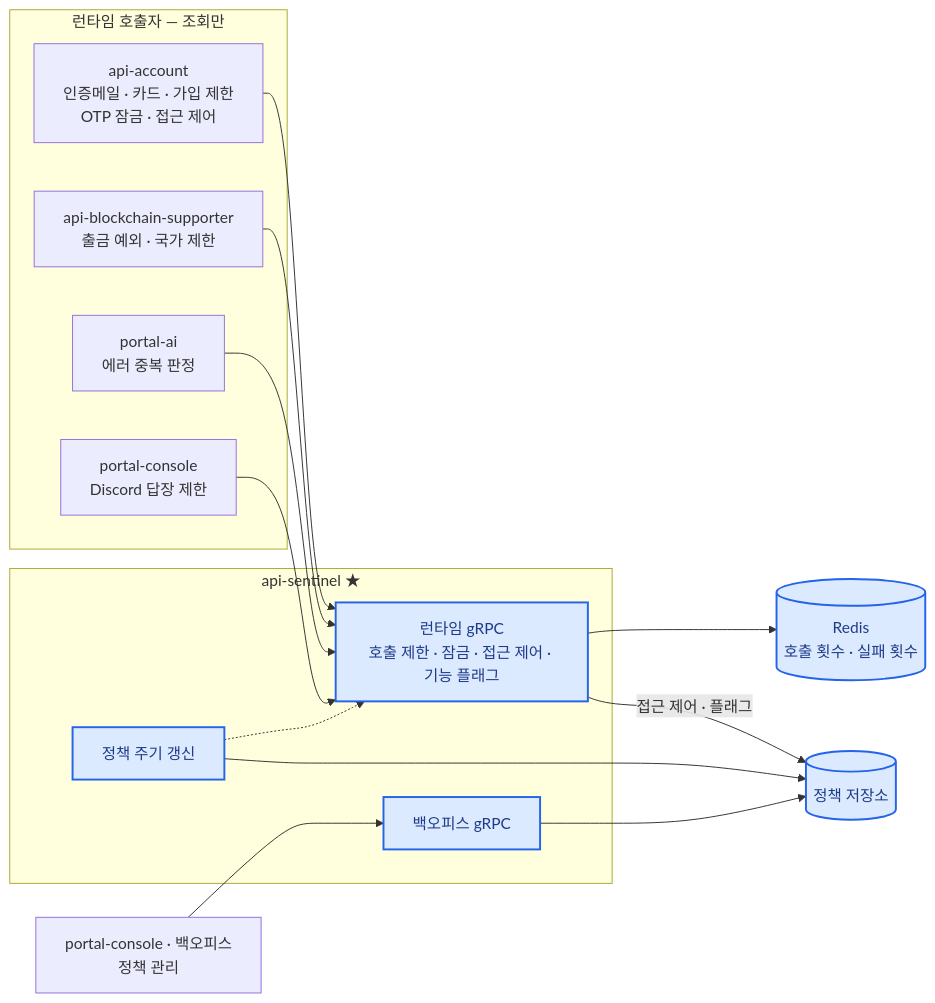
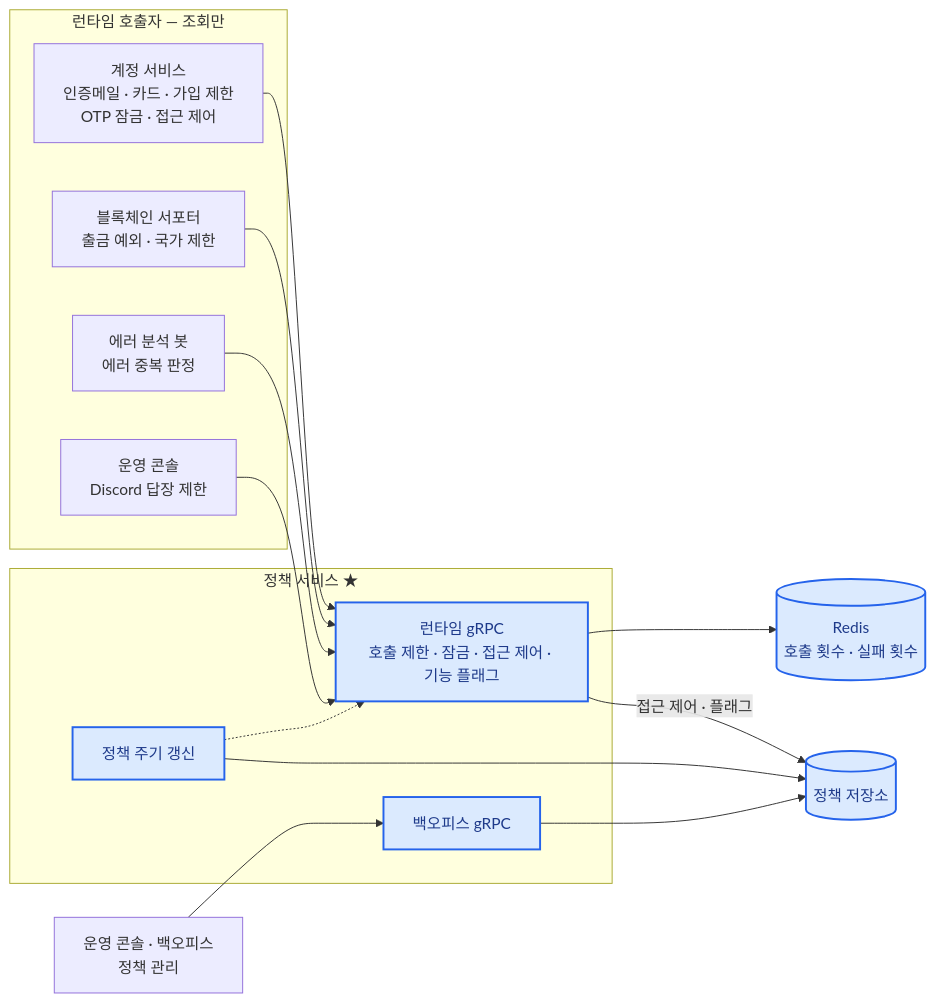
One commit to shalwxy/career changed the diagram in content/diagrams/sentinel.mmd. Above: the diagram before and after it, drawn with Mermaid. The commit also changed 24 other files, not shown here.

```diff
--- a/content/diagrams/sentinel.mmd
+++ b/content/diagrams/sentinel.mmd
@@ -1,25 +1,25 @@
-%% title: api-sentinel — 정책 서비스 단일 소유자
-%% title_en: api-sentinel — single owner of business policies
+%% title: 정책 서비스 — 단일 소유자
+%% title_en: Policy service — single owner of business policies
 flowchart LR
     subgraph CALL[런타임 호출자 — 조회만]
-        AC[api-account<br/>인증메일 · 카드 · 가입 제한<br/>OTP 잠금 · 접근 제어]
-        BC["api-blockchain-supporter<br/>출금 예외 · 국가 제한"]
-        AI["portal-ai<br/>에러 중복 판정"]
-        CS[portal-console<br/>Discord 답장 제한]
+        AC[계정 서비스<br/>인증메일 · 카드 · 가입 제한<br/>OTP 잠금 · 접근 제어]
+        BC["블록체인 서포터<br/>출금 예외 · 국가 제한"]
+        AI["에러 분석 봇<br/>에러 중복 판정"]
+        CS[운영 콘솔<br/>Discord 답장 제한]
     end
-    CON[portal-console · 백오피스<br/>정책 관리]
-    subgraph SEN[api-sentinel ★]
+    CON[운영 콘솔 · 백오피스<br/>정책 관리]
+    subgraph SEN[정책 서비스 ★]
         RT[런타임 gRPC<br/>호출 제한 · 잠금 · 접근 제어 · 기능 플래그]
         RF[정책 주기 갱신]
         BOG[백오피스 gRPC]
     end
     RD[("Redis<br/>호출 횟수 · 실패 횟수")]
     PG[(정책 저장소)]
     AC & BC & AI & CS --> RT
     RT --> RD
     RT -- 접근 제어 · 플래그 --> PG
     RF --> PG
     RF -.-> RT
     CON --> BOG --> PG
     classDef mine fill:#dbeafe,stroke:#2563eb,stroke-width:2px,color:#1e3a8a
     class RT,RF,BOG,RD,PG mine
```
